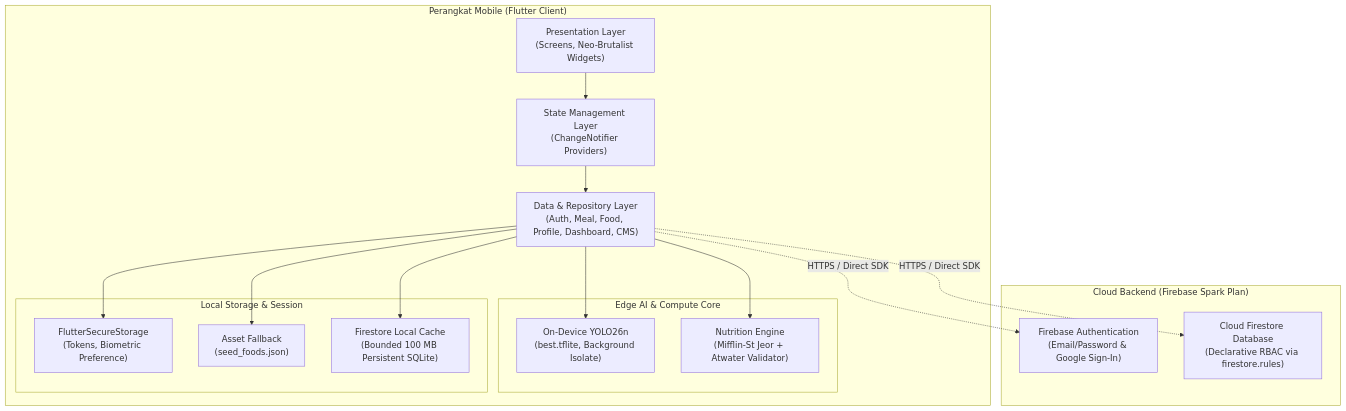
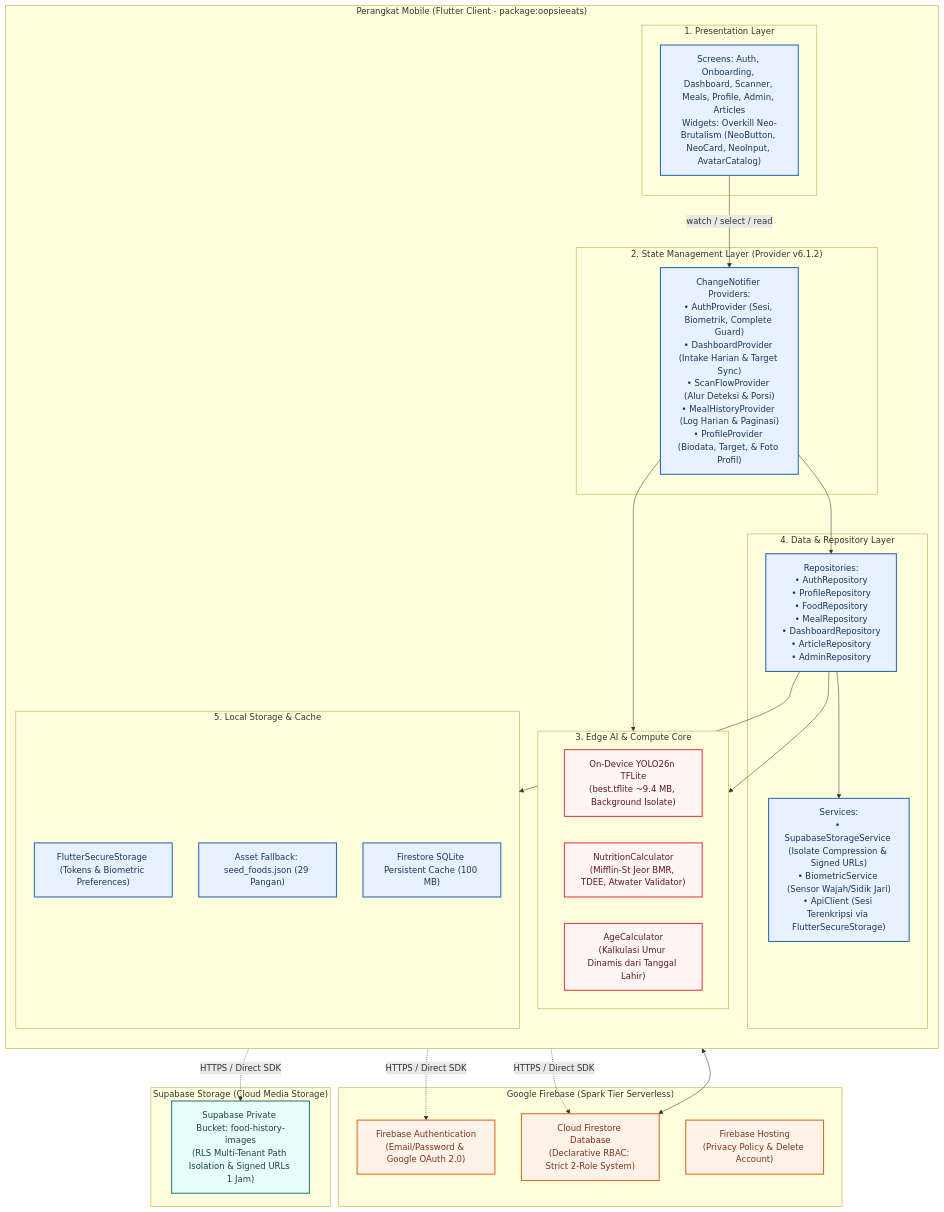
Before and after one commit to ahmadbadawiTzy/OopsieEats: the first of 4 diagrams in docs/ARCHITECTURE.md, drawn with Mermaid. The commit also changed other lines of this file and 635 other files, not shown here.

````diff
--- a/docs/ARCHITECTURE.md
+++ b/docs/ARCHITECTURE.md
@@ -23,35 +27,66 @@
 ```mermaid
-graph TD
-    subgraph "Perangkat Mobile (Flutter Client)"
-        UI["Presentation Layer\n(Screens, Neo-Brutalist Widgets)"]
-        BLoC["State Management Layer\n(ChangeNotifier Providers)"]
-        Repo["Data & Repository Layer\n(Auth, Meal, Food, Profile, Dashboard, CMS)"]
-        
-        subgraph "Edge AI & Compute Core"
-            YOLO["On-Device YOLO26n\n(best.tflite, Background Isolate)"]
-            Engine["Nutrition Engine\n(Mifflin-St Jeor + Atwater Validator)"]
+flowchart TB
+    subgraph ClientMobile ["Perangkat Mobile (Flutter Client - package:oopsieeats)"]
+        direction TB
+
+        subgraph PresentationLayer ["1. Presentation Layer"]
+            UI["Screens: Auth, Onboarding, Dashboard, Scanner, Meals, Profile, Admin, Articles\nWidgets: Overkill Neo-Brutalism (NeoButton, NeoCard, NeoInput, AvatarCatalog)"]
         end
-        
-        subgraph "Local Storage & Session"
-            SecureStore["FlutterSecureStorage\n(Tokens, Biometric Preference)"]
-            LocalSeed["Asset Fallback\n(seed_foods.json)"]
-            FSCache["Firestore Local Cache\n(Bounded 100 MB Persistent SQLite)"]
+
+        subgraph StateLayer ["2. State Management Layer (Provider v6.1.2)"]
+            Providers["ChangeNotifier Providers:\n• AuthProvider (Sesi, Biometrik, Complete Guard)\n• DashboardProvider (Intake Harian & Target Sync)\n• ScanFlowProvider (Alur Deteksi & Porsi)\n• MealHistoryProvider (Log Harian & Paginasi)\n• ProfileProvider (Biodata, Target, & Foto Profil)"]
+        end
+
+        subgraph CoreCompute ["3. Edge AI & Compute Core"]
+            YOLO["On-Device YOLO26n TFLite\n(best.tflite ~9.4 MB, Background Isolate)"]
+            NutriCalc["NutritionCalculator\n(Mifflin-St Jeor BMR, TDEE, Atwater Validator)"]
+            AgeCalc["AgeCalculator\n(Kalkulasi Umur Dinamis dari Tanggal Lahir)"]
+        end
+
+        subgraph DataLayer ["4. Data & Repository Layer"]
+            Repos["Repositories:\n• AuthRepository\n• ProfileRepository\n• FoodRepository\n• MealRepository\n• DashboardRepository\n• ArticleRepository\n• AdminRepository"]
+            Services["Services:\n• SupabaseStorageService (Isolate Compression & Signed URLs)\n• BiometricService (Sensor Wajah/Sidik Jari)\n• ApiClient (Sesi Terenkripsi via FlutterSecureStorage)"]
+        end
+
+        subgraph LocalStorage ["5. Local Storage & Cache"]
+            FSS["FlutterSecureStorage (Tokens & Biometric Preferences)"]
+            LocalSeed["Asset Fallback: seed_foods.json (29 Pangan)"]
+            FSCache["Firestore SQLite Persistent Cache (100 MB)"]
         end
     end
 
-    subgraph "Cloud Backend (Firebase Spark Plan)"
-        FBAuth["Firebase Authentication\n(Email/Password & Google Sign-In)"]
-        Firestore["Cloud Firestore Database\n(Declarative RBAC via firestore.rules)"]
+    subgraph FirebaseCloud ["Google Firebase (Spark Tier Serverless)"]
+        FBAuth["Firebase Authentication\n(Email/Password & Google OAuth 2.0)"]
+        Firestore["Cloud Firestore Database\n(Declarative RBAC: Strict 2-Role System)"]
+        FBHosting["Firebase Hosting\n(Privacy Policy & Delete Account)"]
     end
 
-    UI --> BLoC
-    BLoC --> Repo
-    Repo --> YOLO
-    Repo --> Engine
-    Repo --> SecureStore
-    Repo --> LocalSeed
-    Repo --> FSCache
+    subgraph SupabaseCloud ["Supabase Storage (Cloud Media Storage)"]
+        SupabaseBucket["Supabase Private Bucket: food-history-images\n(RLS Multi-Tenant Path Isolation & Signed URLs 1 Jam)"]
+    end
 
-    Repo -.->|HTTPS / Direct SDK| FBAuth
-    Repo -.->|HTTPS / Direct SDK| Firestore
+    %% Relasi Internal Klien
+    UI -->|watch / select / read| Providers
+    Providers --> Repos
+    Providers --> CoreCompute
+    Repos --> CoreCompute
+    Repos --> Services
+    Repos --> LocalStorage
+
+    %% Relasi ke Cloud
+    Repos -.->|HTTPS / Direct SDK| FBAuth
+    Repos -.->|HTTPS / Direct SDK| Firestore
+    Services -.->|HTTPS / Direct SDK| SupabaseBucket
+    Firestore <--> FSCache
+
+    %% Styling
+    classDef client fill:#E8F1FF,stroke:#2B6CB0,stroke-width:2px,color:#1A365D;
+    classDef compute fill:#FFF5F5,stroke:#E53E3E,stroke-width:2px,color:#63171B;
+    classDef firebase fill:#FFF2E8,stroke:#DD6B20,stroke-width:2px,color:#7B341E;
+    classDef supabase fill:#E6FFFA,stroke:#2C7A7B,stroke-width:2px,color:#1D4044;
+
+    class UI,Providers,Repos,Services,FSS,LocalSeed,FSCache client;
+    class YOLO,NutriCalc,AgeCalc compute;
+    class FBAuth,Firestore,FBHosting firebase;
+    class SupabaseBucket supabase;
 ```
````
